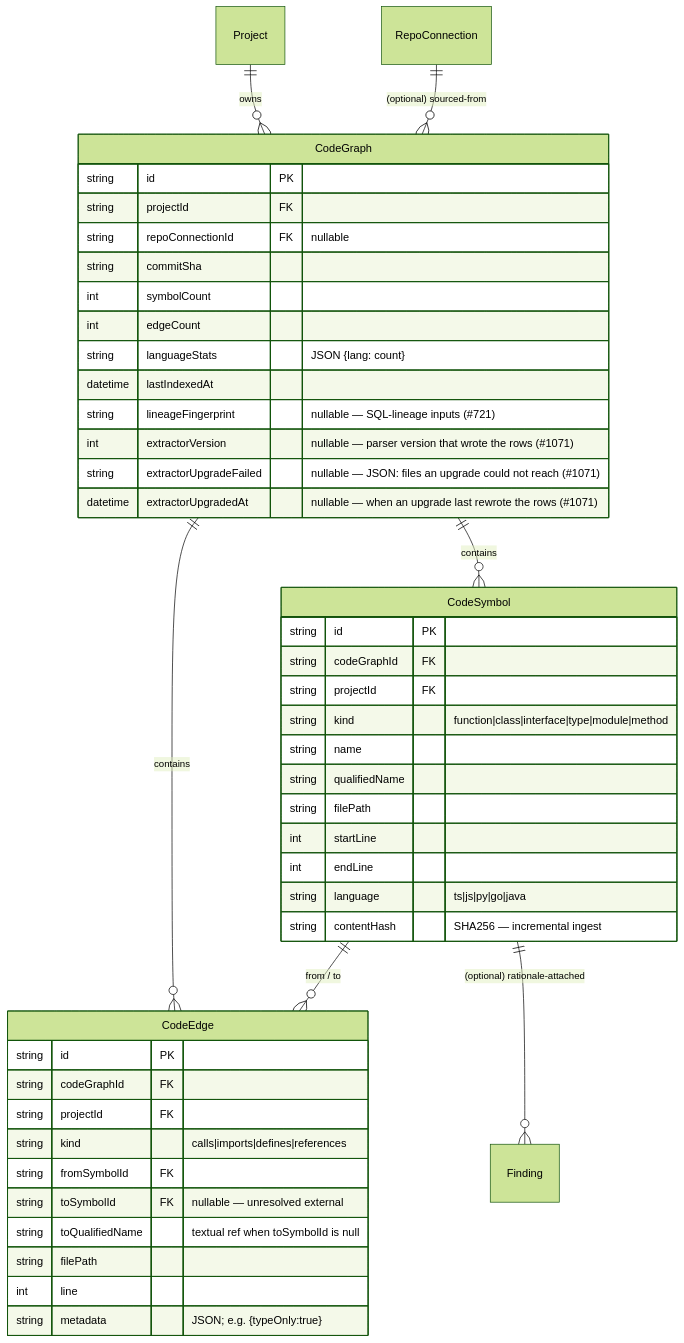
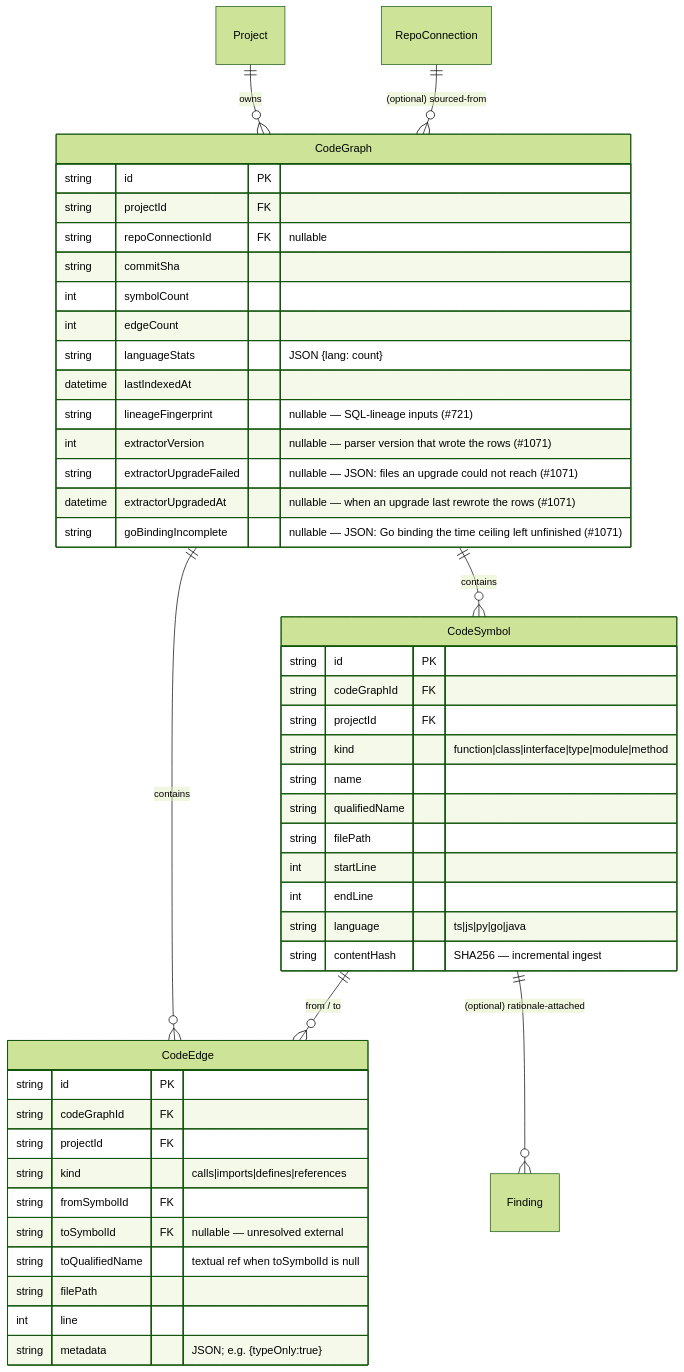
The diagram in docs/data-model.md (openzigs/metis), drawn with Mermaid (forest theme) before and after one commit. The commit also changed other lines of this file and 16 other files, not shown here.

First line of the commit message:
fix(#1071): Go binding left incomplete by the ceiling is recorded, resumed, and never overwrites a stored answer

````diff
--- a/docs/data-model.md
+++ b/docs/data-model.md
@@ -122,51 +122,52 @@
 ```mermaid
 erDiagram
     Project ||--o{ CodeGraph : owns
     RepoConnection ||--o{ CodeGraph : "(optional) sourced-from"
     CodeGraph ||--o{ CodeSymbol : contains
     CodeGraph ||--o{ CodeEdge : contains
     CodeSymbol ||--o{ CodeEdge : "from / to"
     CodeSymbol ||--o{ Finding : "(optional) rationale-attached"
 
     CodeSymbol {
         string id PK
         string codeGraphId FK
         string projectId FK
         string kind "function|class|interface|type|module|method"
         string name
         string qualifiedName
         string filePath
         int    startLine
         int    endLine
         string language "ts|js|py|go|java"
         string contentHash "SHA256 — incremental ingest"
     }
 
     CodeEdge {
         string id PK
         string codeGraphId FK
         string projectId FK
         string kind "calls|imports|defines|references"
         string fromSymbolId FK
         string toSymbolId FK "nullable — unresolved external"
         string toQualifiedName "textual ref when toSymbolId is null"
         string filePath
         int    line
         string metadata "JSON; e.g. {typeOnly:true}"
     }
 
     CodeGraph {
         string id PK
         string projectId FK
         string repoConnectionId FK "nullable"
         string commitSha
         int    symbolCount
         int    edgeCount
         string languageStats "JSON {lang: count}"
         datetime lastIndexedAt
         string lineageFingerprint "nullable — SQL-lineage inputs (#721)"
         int    extractorVersion "nullable — parser version that wrote the rows (#1071)"
         string extractorUpgradeFailed "nullable — JSON: files an upgrade could not reach (#1071)"
         datetime extractorUpgradedAt "nullable — when an upgrade last rewrote the rows (#1071)"
+        string goBindingIncomplete "nullable — JSON: Go binding the time ceiling left unfinished (#1071)"
     }
 ```
````
